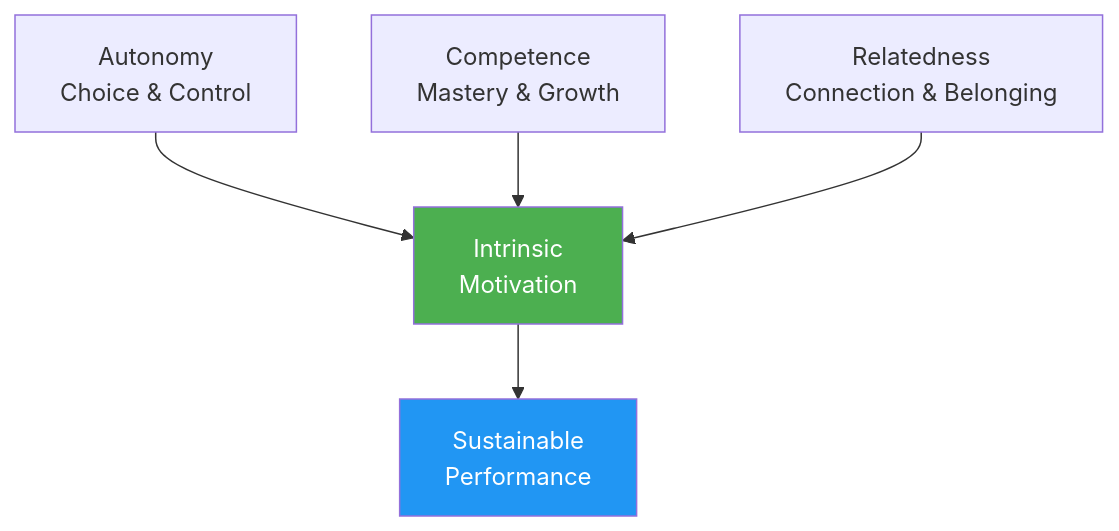
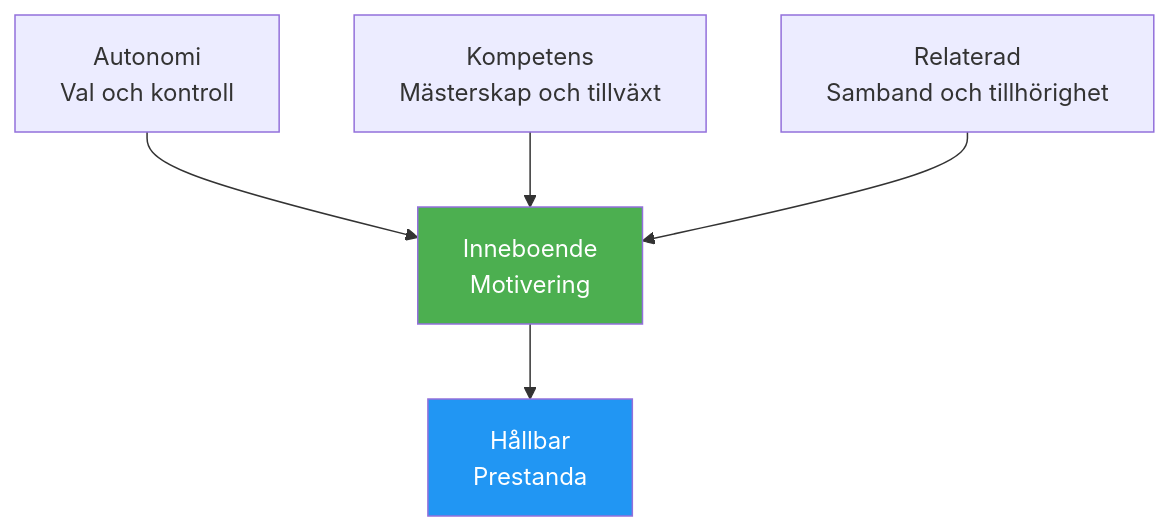
The diagram in docs/sv/education/motivation/motivation.md (patwii/petanque-academy), drawn with Mermaid before and after one commit. The commit also changed other lines of this file and 550 other files, not shown here.

````diff
--- a/docs/sv/education/motivation/motivation.md
+++ b/docs/sv/education/motivation/motivation.md
@@ -121,10 +121,10 @@
 ```mermaid
 graph TD
-    A[Autonomy<br/>Choice & Control] --> D[Intrinsic<br/>Motivation]
-    B[Competence<br/>Mastery & Growth] --> D
-    C[Relatedness<br/>Connection & Belonging] --> D
-    D --> E[Sustainable<br/>Performance]
+    A[Autonomi <br/> Val och kontroll] --> D[Inneboende <br/> Motivering]
+    B[Kompetens <br/> Mästerskap och tillväxt] --> D
+    C[Relaterad <br/> Samband och tillhörighet] --> D
+    D --> E[Hållbar <br/> Prestanda]
     
     style D fill:#4CAF50,color:#fff
     style E fill:#2196F3,color:#fff
 ```
````
